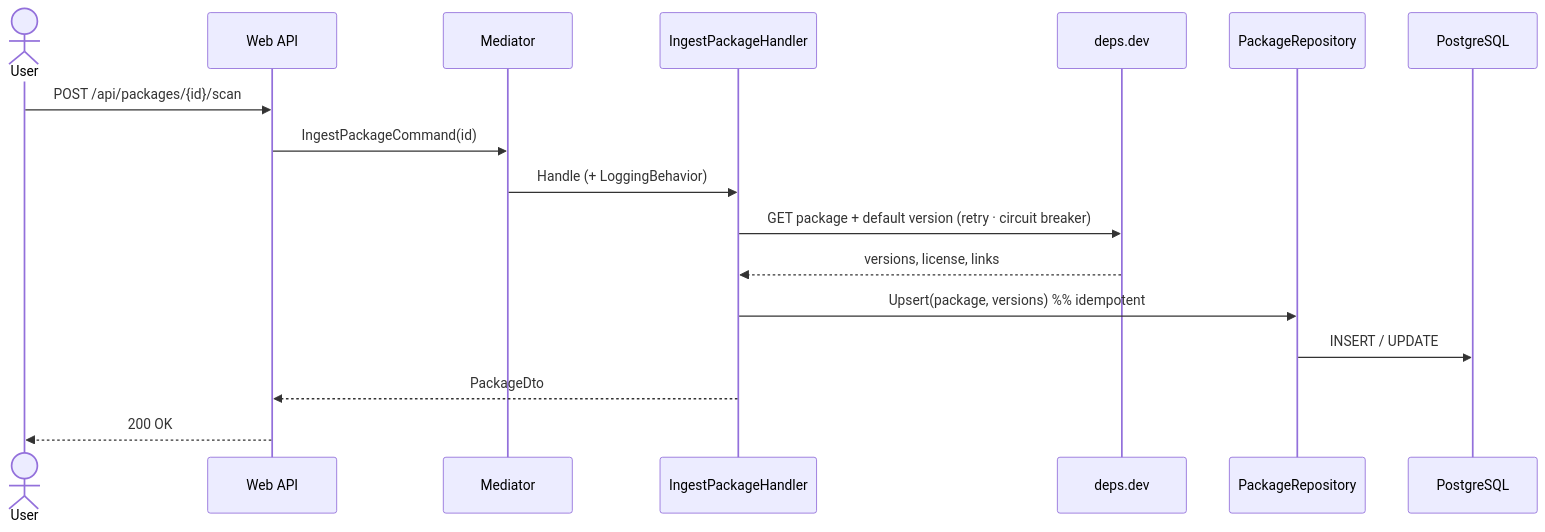
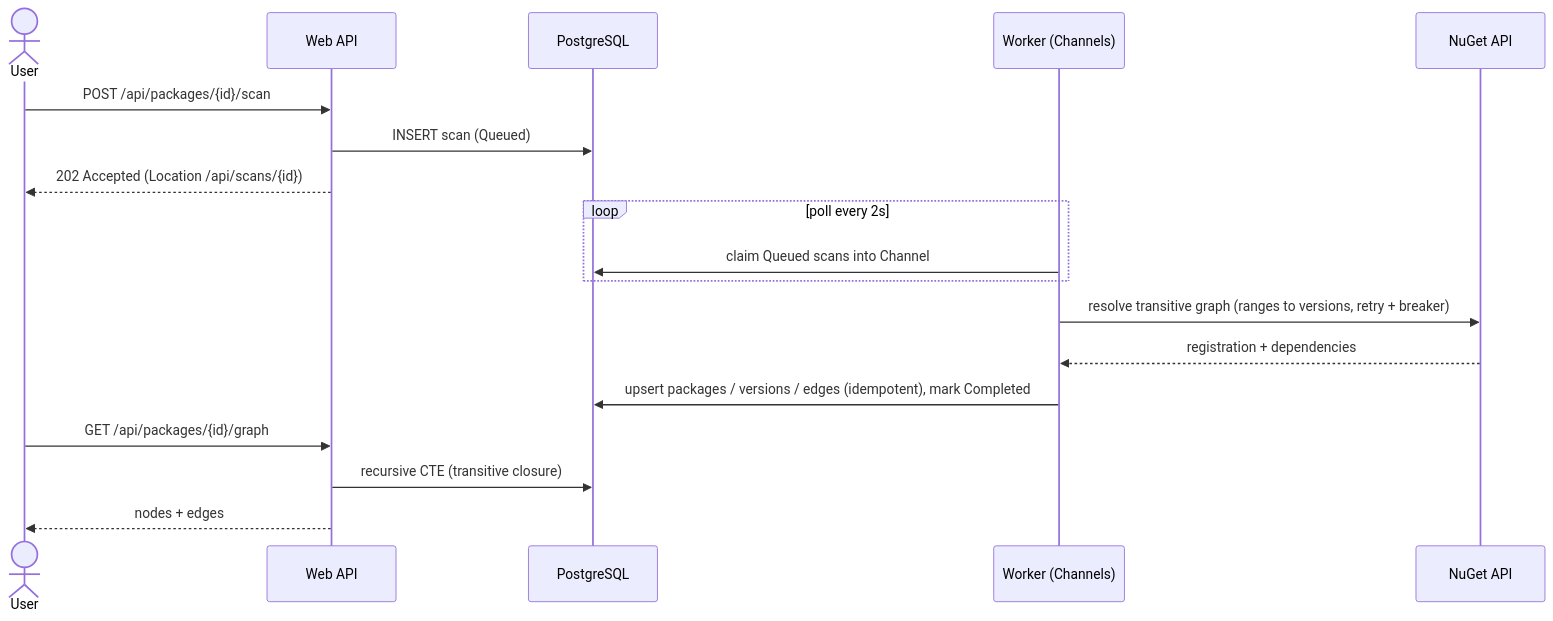
Before and after one commit to AdrianDeutsch/DepRadar: the second of 2 diagrams in README.md, drawn with Mermaid. The commit also changed other lines of this file and 46 other files, not shown here.

First line of the commit message:
feat(slice-2): transitive dependency graph + Channels scan pipeline

````diff
--- a/README.md
+++ b/README.md
@@ -98,20 +98,23 @@
 ```mermaid
 sequenceDiagram
     actor User
     participant API as Web API
-    participant M as Mediator
-    participant H as IngestPackageHandler
-    participant DD as deps.dev
-    participant R as PackageRepository
     participant DB as PostgreSQL
+    participant W as Worker (Channels)
+    participant NG as NuGet API
 
     User->>API: POST /api/packages/{id}/scan
-    API->>M: IngestPackageCommand(id)
-    M->>H: Handle (+ LoggingBehavior)
-    H->>DD: GET package + default version (retry · circuit breaker)
-    DD-->>H: versions, license, links
-    H->>R: Upsert(package, versions)  %% idempotent
-    R->>DB: INSERT / UPDATE
-    H-->>API: PackageDto
-    API-->>User: 200 OK
+    API->>DB: INSERT scan (Queued)
+    API-->>User: 202 Accepted (Location /api/scans/{id})
+
+    loop poll every 2s
+        W->>DB: claim Queued scans into Channel
+    end
+    W->>NG: resolve transitive graph (ranges to versions, retry + breaker)
+    NG-->>W: registration + dependencies
+    W->>DB: upsert packages / versions / edges (idempotent), mark Completed
+
+    User->>API: GET /api/packages/{id}/graph
+    API->>DB: recursive CTE (transitive closure)
+    API-->>User: nodes + edges
 ```
````
